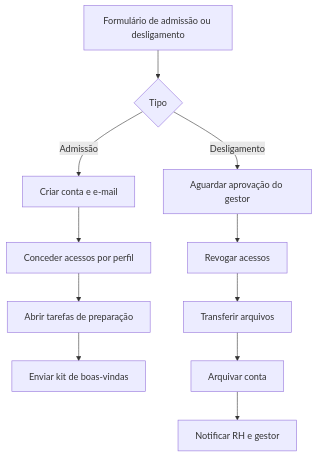
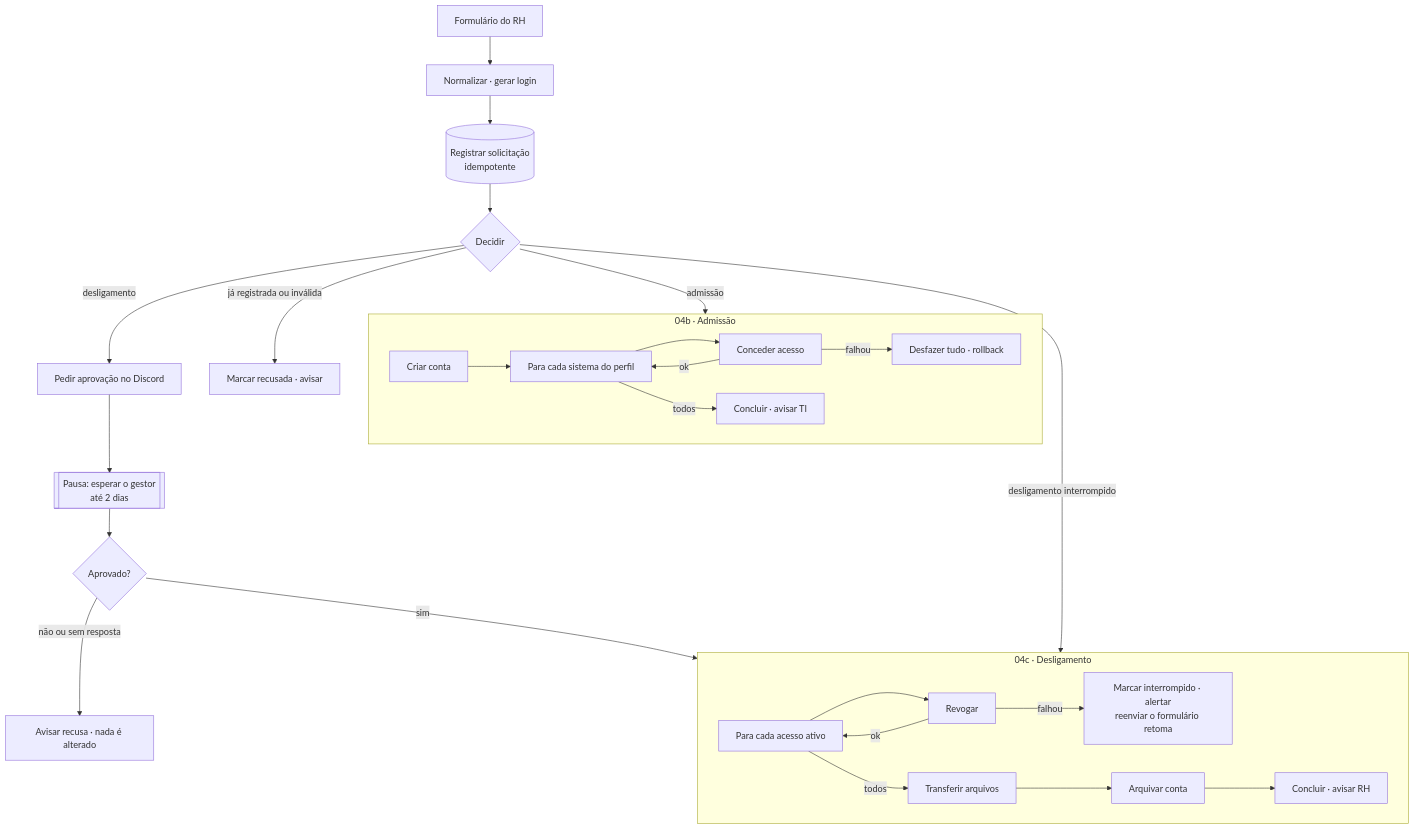
One commit to predoqrz/n8n-automation-portfolio changed the diagram in workflows/04-onboarding-offboarding/README.md. Above: the diagram before and after it, drawn with Mermaid. The commit also changed other lines of this file and 6 other files, not shown here.

First line of the commit message:
feat: workflow 04 — onboarding e offboarding com aprovação, rollback e retomada

````diff
--- a/workflows/04-onboarding-offboarding/README.md
+++ b/workflows/04-onboarding-offboarding/README.md
@@ -21,13 +26,30 @@
 ```mermaid
 flowchart TD
-    A[Formulário de admissão ou desligamento] --> B{Tipo}
-    B -->|Admissão| C[Criar conta e e-mail]
-    C --> D[Conceder acessos por perfil]
-    D --> E[Abrir tarefas de preparação]
-    E --> F[Enviar kit de boas-vindas]
-    B -->|Desligamento| G[Aguardar aprovação do gestor]
-    G --> H[Revogar acessos]
-    H --> I[Transferir arquivos]
-    I --> J[Arquivar conta]
-    J --> K[Notificar RH e gestor]
+    A[Formulário do RH] --> B[Normalizar · gerar login]
+    B --> C[(Registrar solicitação<br/>idempotente)]
+    C --> D{Decidir}
+    D -->|admissão| AD
+    D -->|desligamento| P[Pedir aprovação no Discord]
+    D -->|já registrada ou inválida| X[Marcar recusada · avisar]
+    D -->|desligamento interrompido| DE
+
+    P --> W[[Pausa: esperar o gestor<br/>até 2 dias]]
+    W --> R{Aprovado?}
+    R -->|não ou sem resposta| N[Avisar recusa · nada é alterado]
+    R -->|sim| DE
+
+    subgraph AD [04b · Admissão]
+        A1[Criar conta] --> A2[Para cada sistema do perfil]
+        A2 --> A3[Conceder acesso]
+        A3 -->|ok| A2
+        A3 -->|falhou| A4[Desfazer tudo · rollback]
+        A2 -->|todos| A5[Concluir · avisar TI]
+    end
+
+    subgraph DE [04c · Desligamento]
+        D1[Para cada acesso ativo] --> D2[Revogar]
+        D2 -->|ok| D1
+        D2 -->|falhou| D3[Marcar interrompido · alertar<br/>reenviar o formulário retoma]
+        D1 -->|todos| D4[Transferir arquivos] --> D5[Arquivar conta] --> D6[Concluir · avisar RH]
+    end
 ```
````
